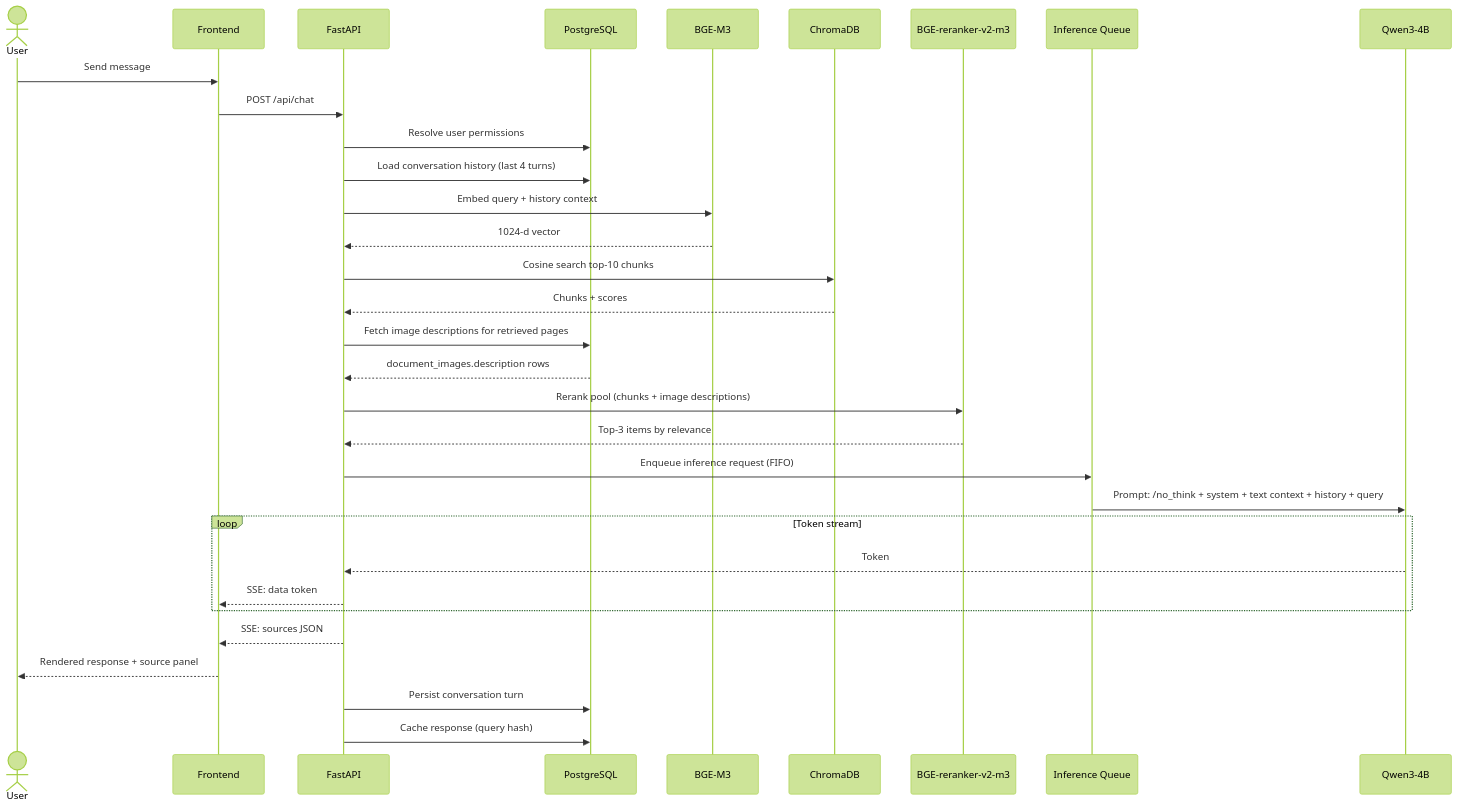
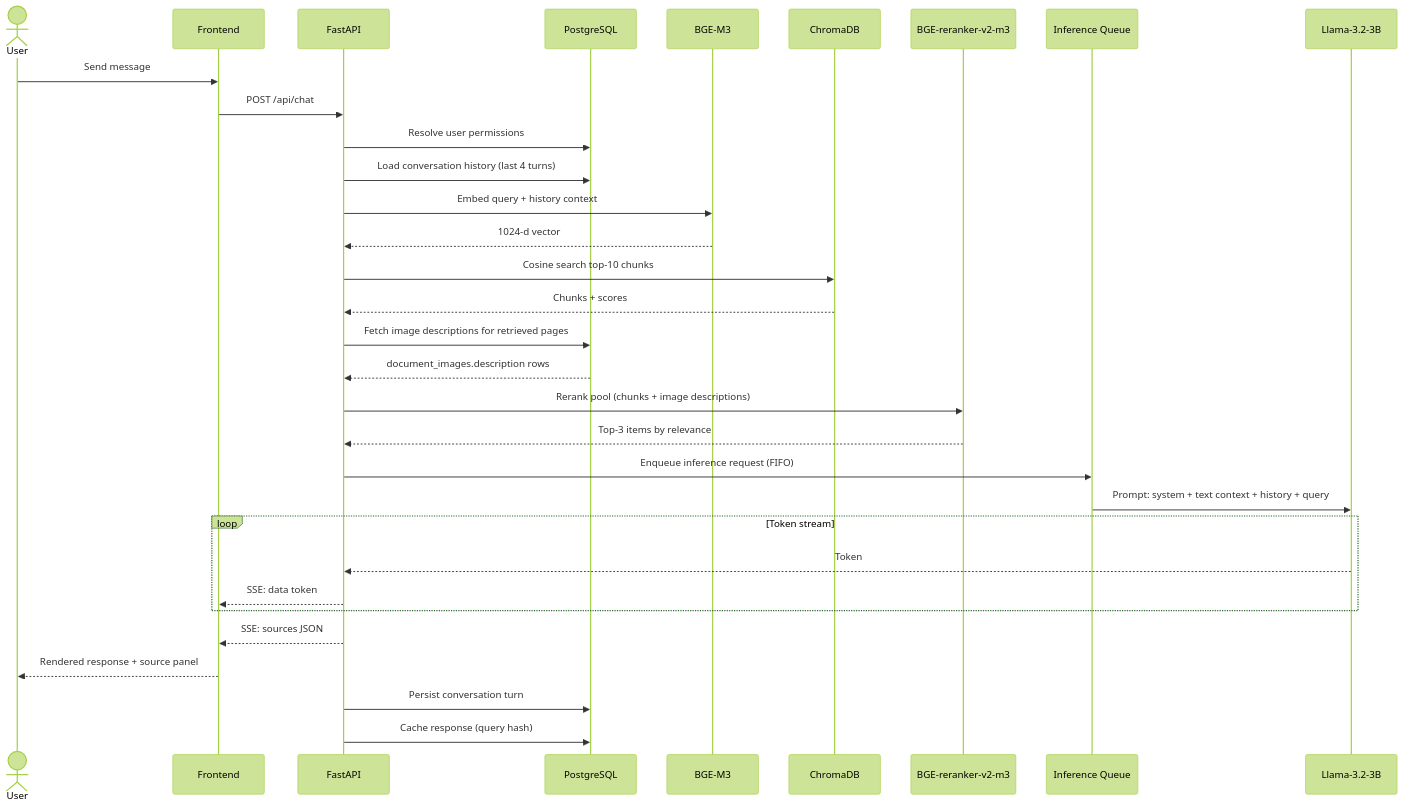
One commit to ChristianMendozaa/BMSC_RAG_System changed the third of 4 diagrams in README.md. Above: the diagram before and after it, drawn with Mermaid (forest theme). The commit also changed other lines of this file and 7 other files, not shown here.

Commit message:
feat: Update LLM model references from Qwen3-4B to Llama-3.2-3B across documentation and configuration

````diff
--- a/README.md
+++ b/README.md
@@ -111,35 +111,35 @@
 ```mermaid
 sequenceDiagram
     actor User
     participant FE as Frontend
     participant API as FastAPI
     participant PG as PostgreSQL
     participant EMB as BGE-M3
     participant VDB as ChromaDB
     participant RR as BGE-reranker-v2-m3
     participant Q as Inference Queue
-    participant LLM as Qwen3-4B
+    participant LLM as Llama-3.2-3B
 
     User->>FE: Send message
     FE->>API: POST /api/chat
     API->>PG: Resolve user permissions
     API->>PG: Load conversation history (last 4 turns)
     API->>EMB: Embed query + history context
     EMB-->>API: 1024-d vector
     API->>VDB: Cosine search top-10 chunks
     VDB-->>API: Chunks + scores
     API->>PG: Fetch image descriptions for retrieved pages
     PG-->>API: document_images.description rows
     API->>RR: Rerank pool (chunks + image descriptions)
     RR-->>API: Top-3 items by relevance
     API->>Q: Enqueue inference request (FIFO)
-    Q->>LLM: Prompt: /no_think + system + text context + history + query
+    Q->>LLM: Prompt: system + text context + history + query
     loop Token stream
         LLM-->>API: Token
         API-->>FE: SSE: data token
     end
     API-->>FE: SSE: sources JSON
     FE-->>User: Rendered response + source panel
     API->>PG: Persist conversation turn
     API->>PG: Cache response (query hash)
 ```
````
